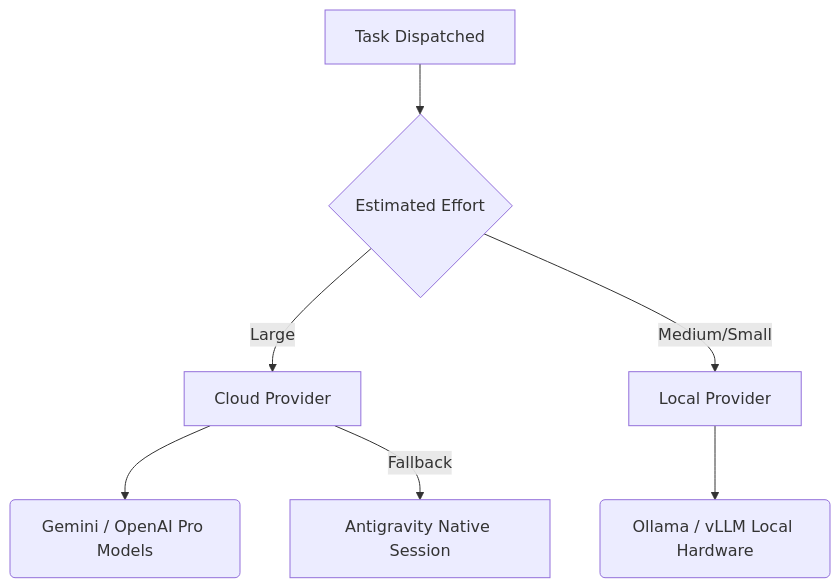
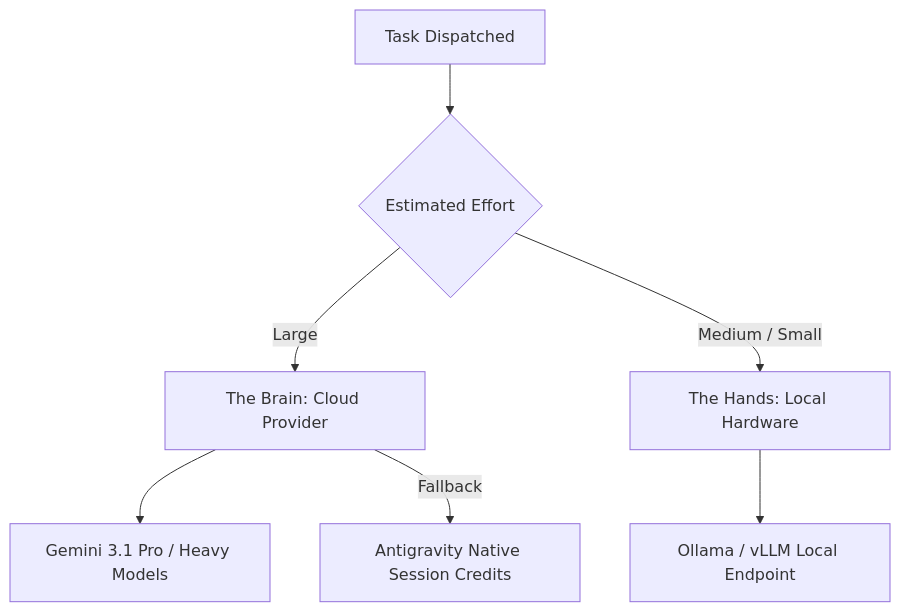
One commit to emmanuelol/yani-engine changed the second of 6 diagrams in docs/05-architecture.md. Above: the diagram before and after it, drawn with Mermaid. The commit also changed other lines of this file and 3 other files, not shown here.

Commit message:
docs: Enrich CodeGraph section, update Mermaid diagrams, and align architecture specs

````diff
--- a/docs/05-architecture.md
+++ b/docs/05-architecture.md
@@ -28,11 +35,11 @@
 ```mermaid
 flowchart TD
     A[Task Dispatched] --> B{Estimated Effort}
-    B -- Large --> C[Cloud Provider]
-    B -- Medium/Small --> D[Local Provider]
+    B -- Large --> C[The Brain: Cloud Provider]
+    B -- Medium / Small --> D[The Hands: Local Hardware]
     
-    C --> E(Gemini / OpenAI Pro Models)
-    D --> F(Ollama / vLLM Local Hardware)
+    C --> E[Gemini 3.1 Pro / Heavy Models]
+    D --> F[Ollama / vLLM Local Endpoint]
     
-    C -->|Fallback| G[Antigravity Native Session]
+    C -->|Fallback| G[Antigravity Native Session Credits]
 ```
````
